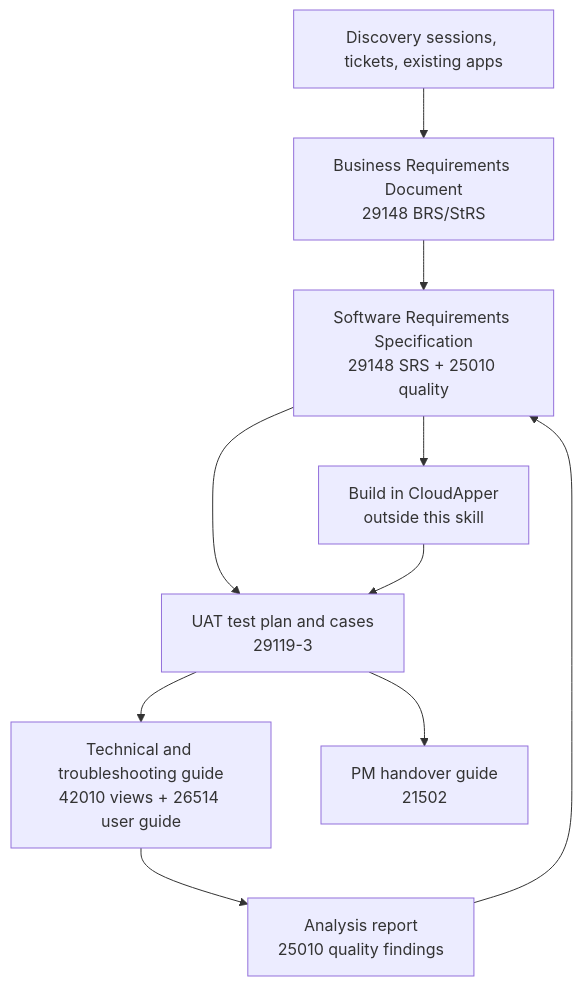
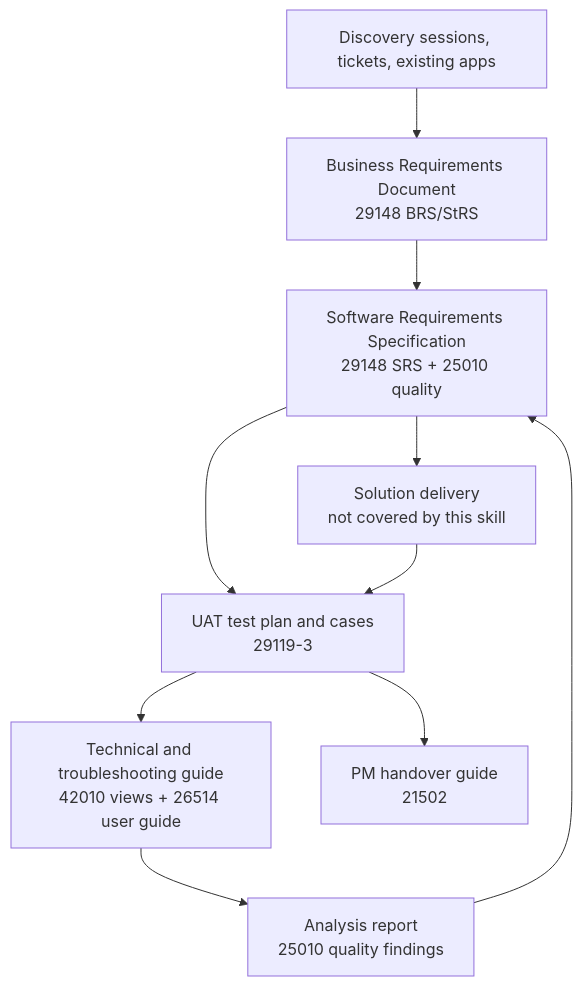
The diagram in cloudapper-solution-docs/references/standards-map.md (Dufforth/cloudapper-documentation-skill), drawn with Mermaid before and after one commit. The commit also changed 9 other files, not shown here.

````diff
--- a/cloudapper-solution-docs/references/standards-map.md
+++ b/cloudapper-solution-docs/references/standards-map.md
@@ -27,12 +27,12 @@
 ```mermaid
 flowchart TB
   D[Discovery sessions, tickets, existing apps] --> BRD[Business Requirements Document<br/>29148 BRS/StRS]
   BRD --> SRS[Software Requirements Specification<br/>29148 SRS + 25010 quality]
-  SRS --> BUILD[Build in CloudApper<br/>outside this skill]
+  SRS --> BUILD[Solution delivery<br/>not covered by this skill]
   SRS --> UAT[UAT test plan and cases<br/>29119-3]
   BUILD --> UAT
   UAT --> TG[Technical and troubleshooting guide<br/>42010 views + 26514 user guide]
   UAT --> PM[PM handover guide<br/>21502]
   TG --> AR[Analysis report<br/>25010 quality findings]
   AR --> SRS
 ```
````
